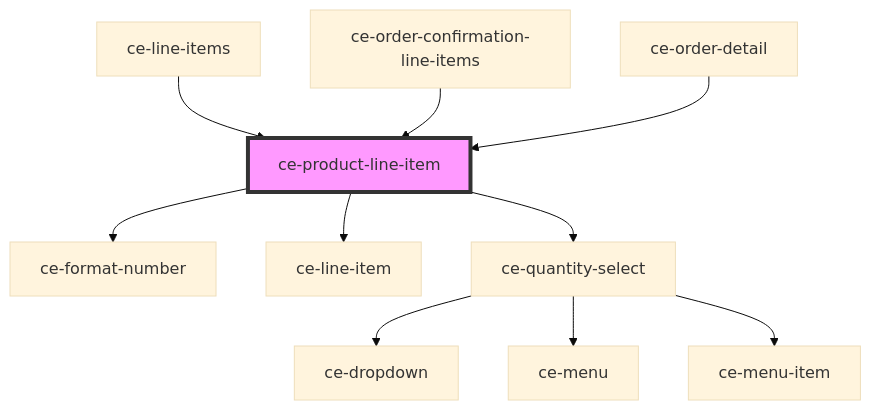
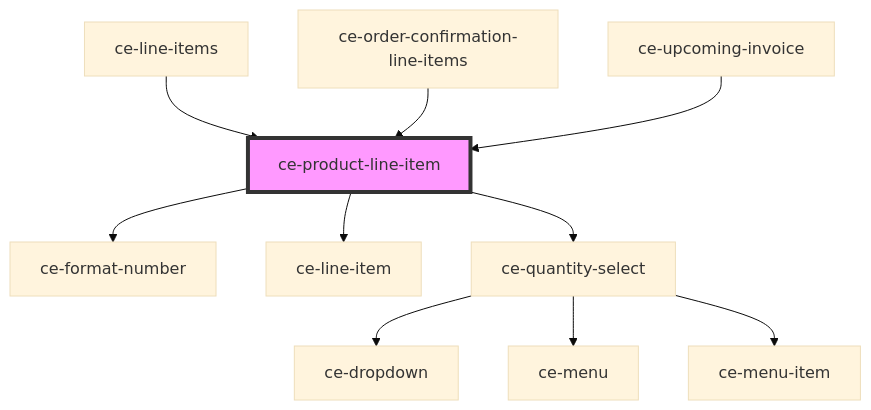
Before and after one commit to surecart/surecart-wp-plugin: the diagram in packages/components/src/components/ui/product-line-item/readme.md, drawn with Mermaid (base theme). The commit also changed other lines of this file and 118 other files, not shown here.

````diff
--- a/packages/components/src/components/ui/product-line-item/readme.md
+++ b/packages/components/src/components/ui/product-line-item/readme.md
@@ -46,13 +46,13 @@
 ```mermaid
 graph TD;
   ce-product-line-item --> ce-format-number
   ce-product-line-item --> ce-line-item
   ce-product-line-item --> ce-quantity-select
   ce-quantity-select --> ce-dropdown
   ce-quantity-select --> ce-menu
   ce-quantity-select --> ce-menu-item
   ce-line-items --> ce-product-line-item
   ce-order-confirmation-line-items --> ce-product-line-item
-  ce-order-detail --> ce-product-line-item
+  ce-upcoming-invoice --> ce-product-line-item
   style ce-product-line-item fill:#f9f,stroke:#333,stroke-width:4px
 ```
````
